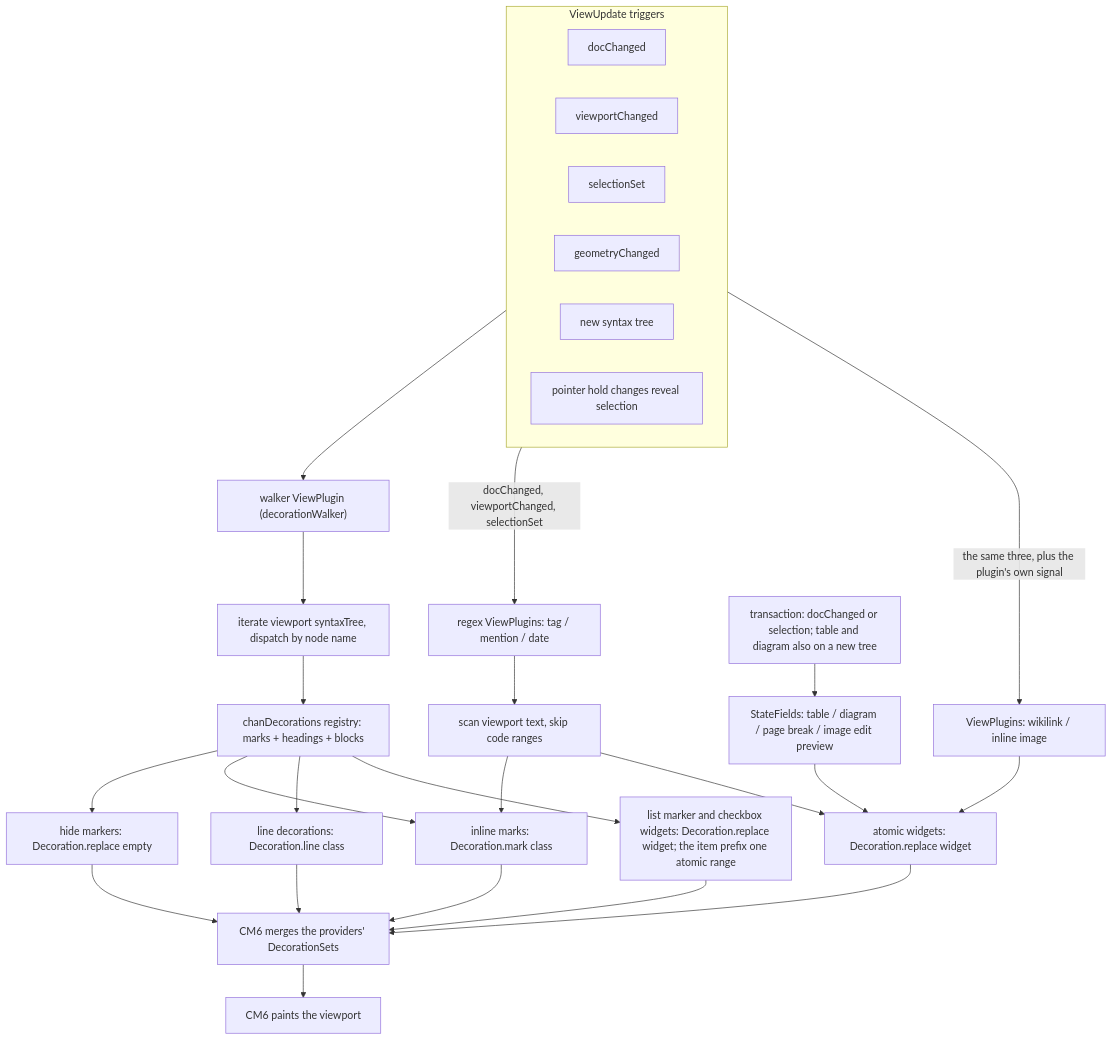
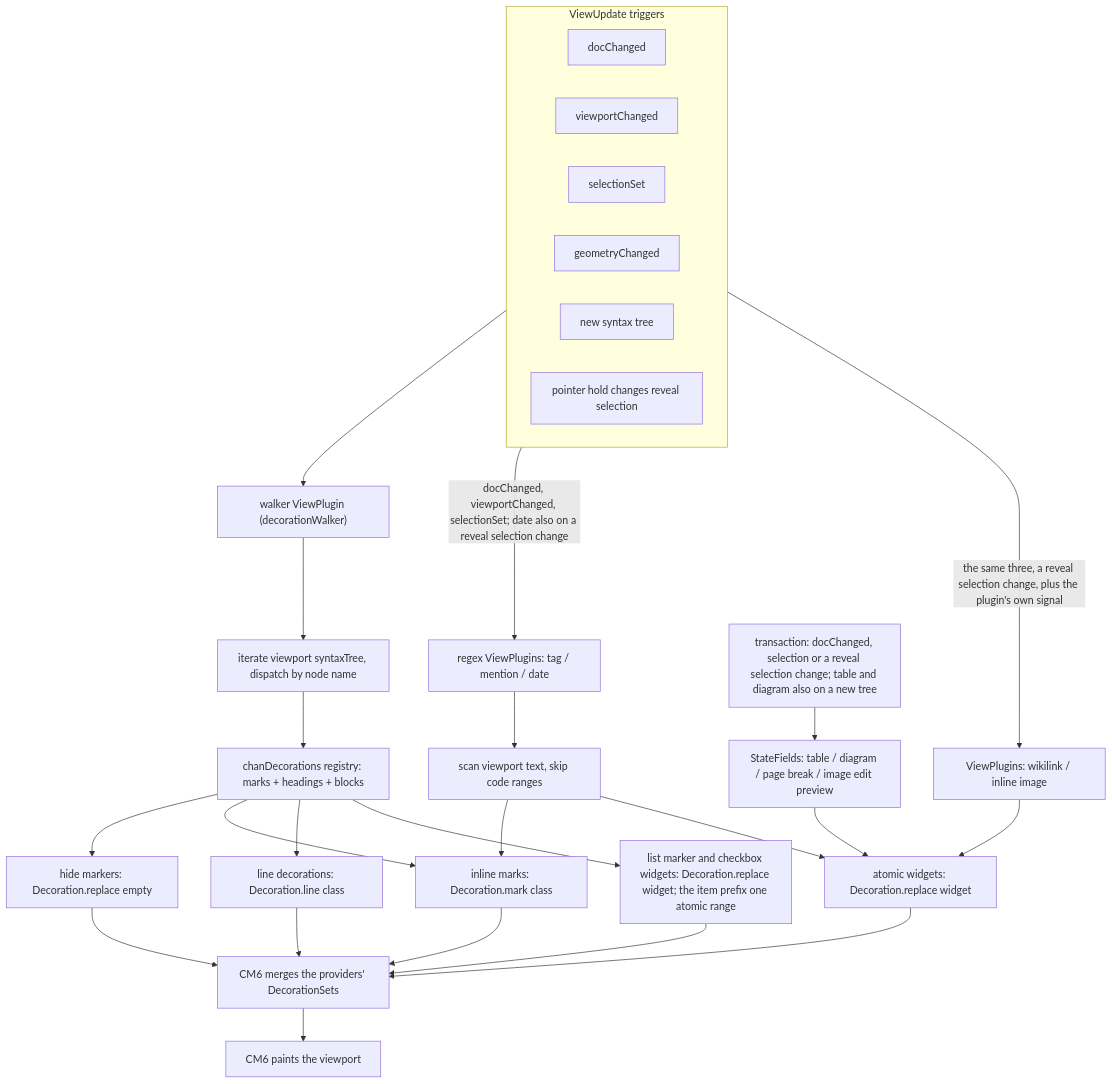
Before and after one commit to fiorix/chan: the first of 4 diagrams in web/packages/workspace-app/src/editor/design.md, drawn with Mermaid. The commit also changed other lines of this file and 20 other files, not shown here.

````diff
--- a/web/packages/workspace-app/src/editor/design.md
+++ b/web/packages/workspace-app/src/editor/design.md
@@ -54,33 +54,33 @@
 ```mermaid
 flowchart TD
   subgraph TRIG["ViewUpdate triggers"]
     direction LR
     T1["docChanged"]
     T2["viewportChanged"]
     T3["selectionSet"]
     T4["geometryChanged"]
     T5["new syntax tree"]
     T6["pointer hold changes reveal selection"]
   end
   TRIG --> Walker["walker ViewPlugin (decorationWalker)"]
   Walker --> Iter["iterate viewport syntaxTree, dispatch by node name"]
   Iter --> Reg["chanDecorations registry: marks + headings + blocks"]
   Reg --> K1["hide markers: Decoration.replace empty"]
   Reg --> K2["inline marks: Decoration.mark class"]
   Reg --> K3["line decorations: Decoration.line class"]
   Reg --> K5["list marker and checkbox widgets: Decoration.replace widget; the item prefix one atomic range"]
-  TRIG -->|"docChanged, viewportChanged, selectionSet"| Regex["regex ViewPlugins: tag / mention / date"]
+  TRIG -->|"docChanged, viewportChanged, selectionSet; date also on a reveal selection change"| Regex["regex ViewPlugins: tag / mention / date"]
   Regex --> Skip["scan viewport text, skip code ranges"]
   Skip --> K2
   Skip --> K4["atomic widgets: Decoration.replace widget"]
-  TRIG -->|"the same three, plus the plugin's own signal"| Atoms["ViewPlugins: wikilink / inline image"]
+  TRIG -->|"the same three, a reveal selection change, plus the plugin's own signal"| Atoms["ViewPlugins: wikilink / inline image"]
   Atoms --> K4
-  TR["transaction: docChanged or selection; table and diagram also on a new tree"] --> Fields["StateFields: table / diagram / page break / image edit preview"]
+  TR["transaction: docChanged, selection or a reveal selection change; table and diagram also on a new tree"] --> Fields["StateFields: table / diagram / page break / image edit preview"]
   Fields --> K4
   K1 --> Merge["CM6 merges the providers' DecorationSets"]
   K2 --> Merge
   K3 --> Merge
   K4 --> Merge
   K5 --> Merge
   Merge --> Render["CM6 paints the viewport"]
 ```
````
